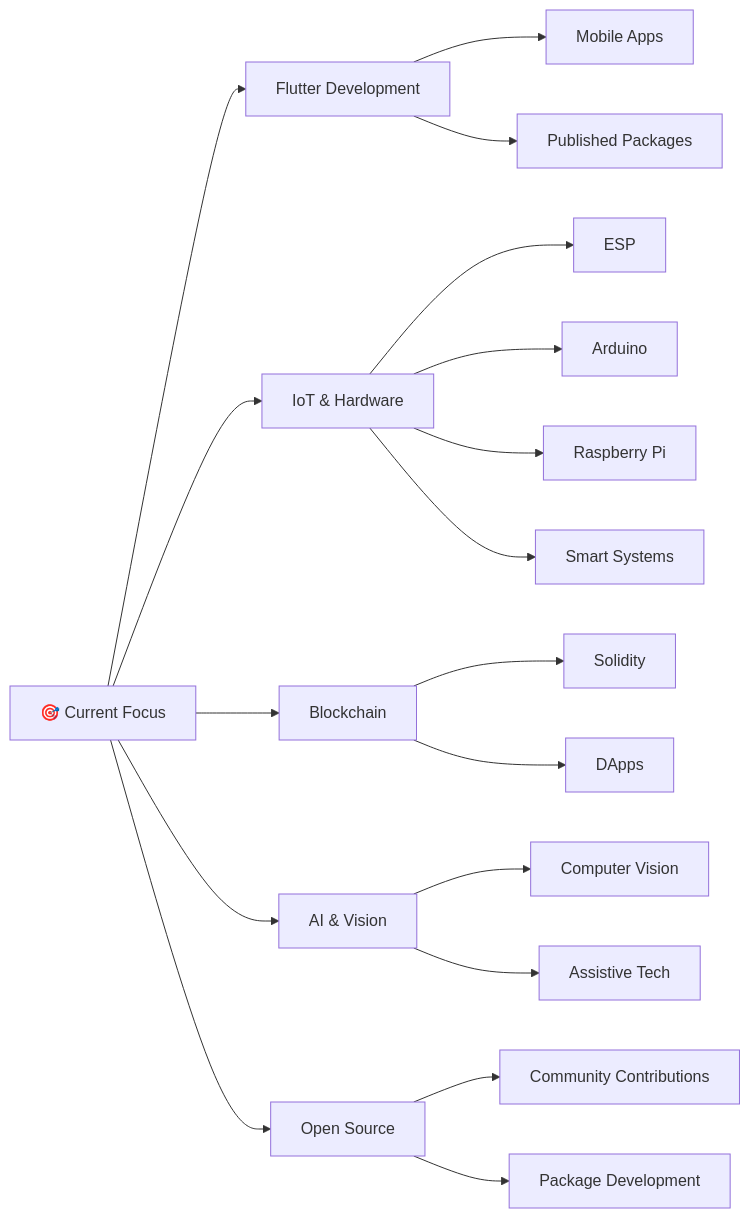
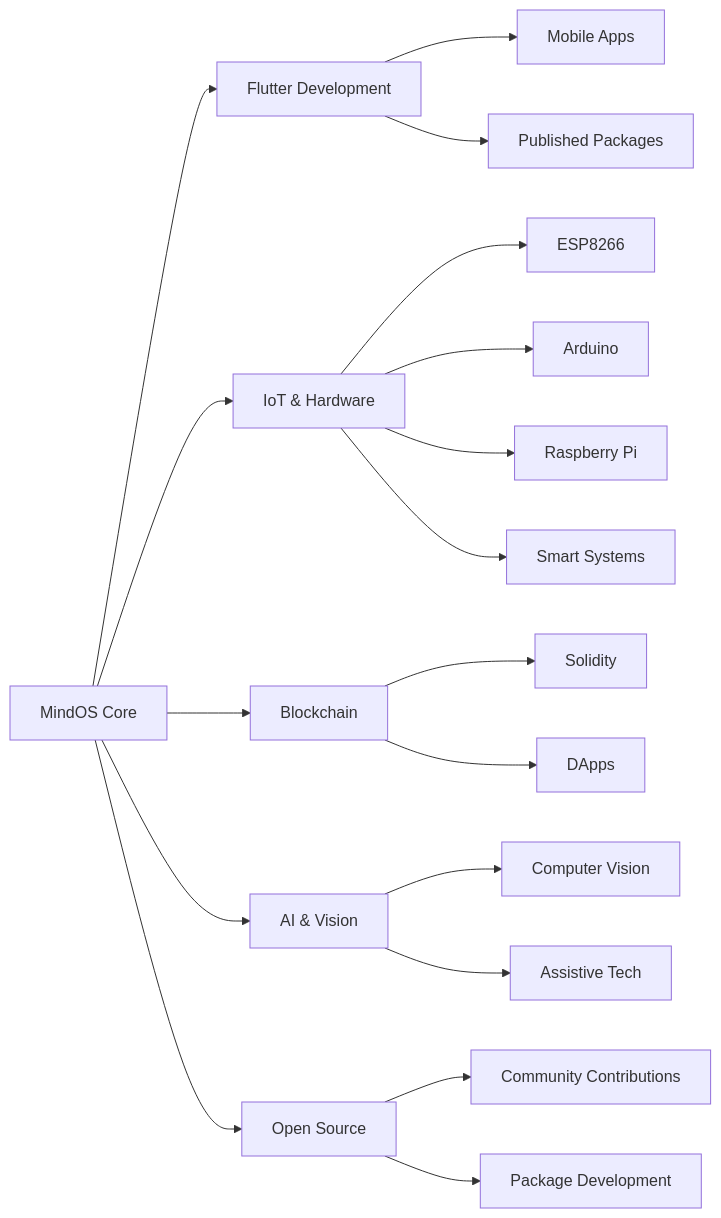
The diagram in README.md (SatishParmar1/SatishParmar1), drawn with Mermaid before and after one commit. The commit also changed other lines of this file, not shown here.

````diff
--- a/README.md
+++ b/README.md
@@ -241,25 +210,25 @@
 ```mermaid
 graph LR
-    A[🎯 Current Focus] --> B[Flutter Development]
+    A[MindOS Core] --> B[Flutter Development]
     A --> C[IoT & Hardware]
     A --> D[Blockchain]
     A --> E[AI & Vision]
     A --> F[Open Source]
-    
+
     B --> B1[Mobile Apps]
     B --> B2[Published Packages]
-    
-    C --> C1[ESP]
+
+    C --> C1[ESP8266]
     C --> C2[Arduino]
     C --> C3[Raspberry Pi]
     C --> C4[Smart Systems]
-    
+
     D --> D1[Solidity]
     D --> D2[DApps]
-    
+
     E --> E1[Computer Vision]
     E --> E2[Assistive Tech]
-    
+
     F --> F1[Community Contributions]
     F --> F2[Package Development]
 ```
````
